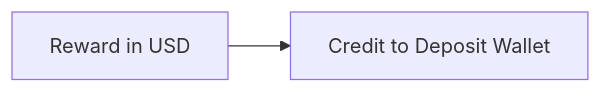
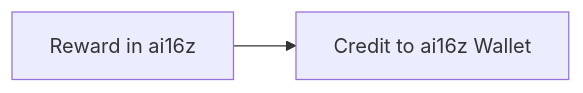
The first of 2 diagrams in README.md (woonCK/labubu), drawn with Mermaid before and after one commit. The commit also changed other lines of this file, not shown here.

First line of the commit message:
Revise deposit methods and staking rules in README

````diff
--- a/README.md
+++ b/README.md
@@ -82,7 +204,7 @@
 ```mermaid
 
 graph LR
 
-A[Reward in USD] --> D[Credit to Deposit Wallet]
+A[Reward in ai16z] --> D[Credit to ai16z Wallet]
 
 ```
````
